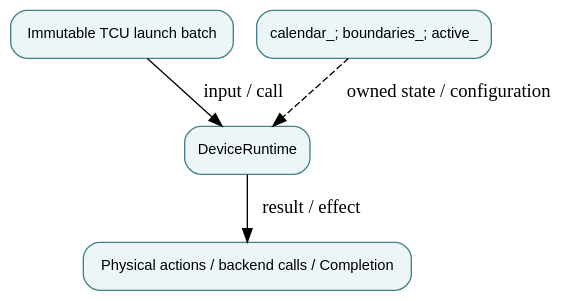
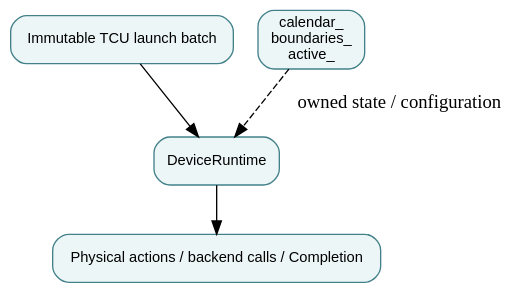
One commit to qsbit-org/qsbit-sim changed the diagram in docs/modules/output-channels-and-resource-calendar.md. Above: the diagram before and after it, drawn with Graphviz. The commit also changed other lines of this file and 41 other files, not shown here.

````diff
--- a/docs/modules/output-channels-and-resource-calendar.md
+++ b/docs/modules/output-channels-and-resource-calendar.md
@@ -17,11 +15,11 @@
 ```{graphviz}
 digraph module {
   rankdir=TB; bgcolor="transparent";
   node [shape=box, style="rounded,filled", fillcolor="#edf6f7", color="#43818a", fontname="sans-serif", fontsize=11];
   input [label="Immutable TCU launch batch"];
   owner [label="DeviceRuntime"];
-  state [label="calendar_; boundaries_; active_"];
+  state [label="calendar_\nboundaries_\nactive_"];
   output [label="Physical actions / backend calls / Completion"];
-  input -> owner [label="input / call"]; owner -> output [label="result / effect"]; state -> owner [style=dashed, label="owned state / configuration"];
+  input -> owner; owner -> output; state -> owner [style=dashed, label="owned state / configuration"];
 }
 ```
````
